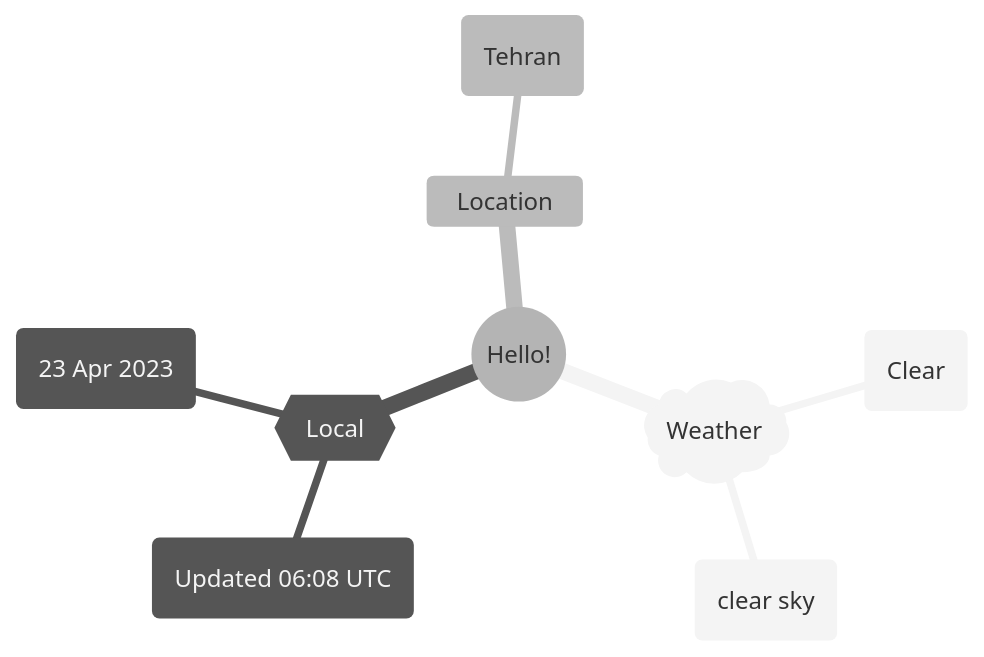
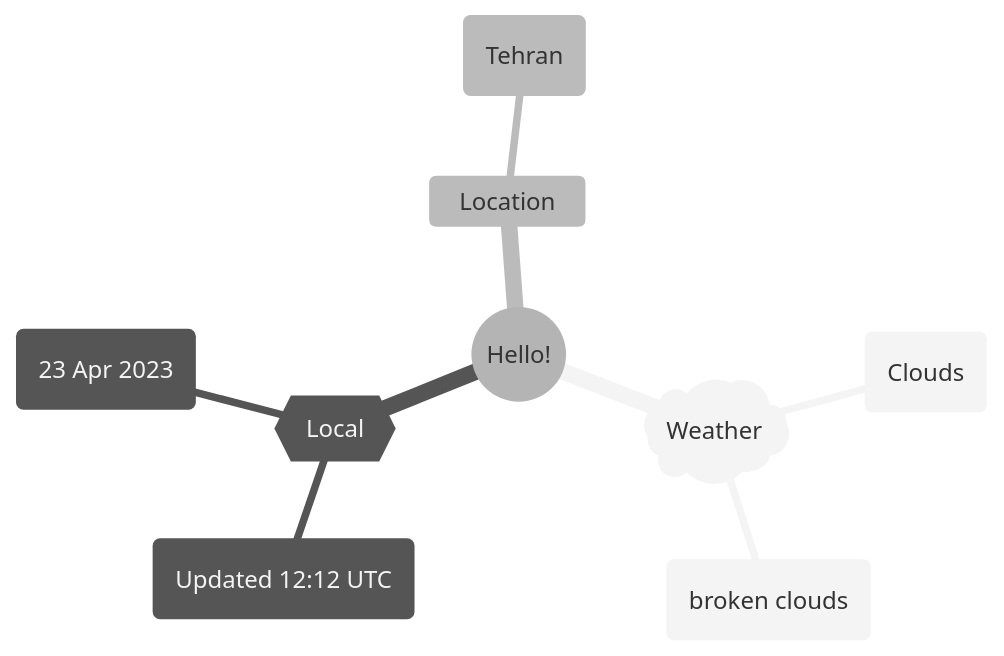
The first of 2 diagrams in README.md (Xosrov/Xosrov), drawn with Mermaid (neutral theme) before and after one commit.

Commit message:
[bot] updated images

````diff
--- a/README.md
+++ b/README.md
@@ -3,12 +3,12 @@
 ```mermaid
 mindmap
   root((Hello!))
     )Weather(
-        (Clear)
-        (clear sky)
+        (Clouds)
+        (broken clouds)
     {{Local}}
-        (Updated 06:08 UTC)
+        (Updated 12:12 UTC)
         (23 Apr 2023)
     Location
         (Tehran)
 ```
````
